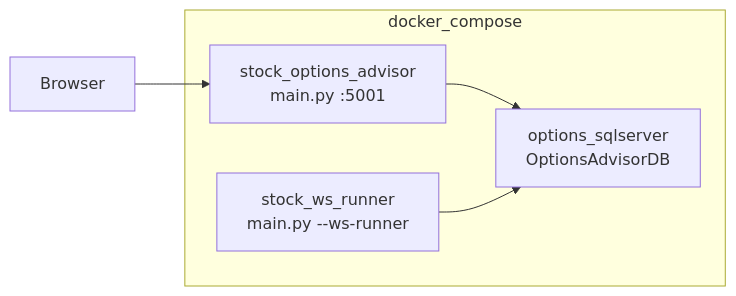
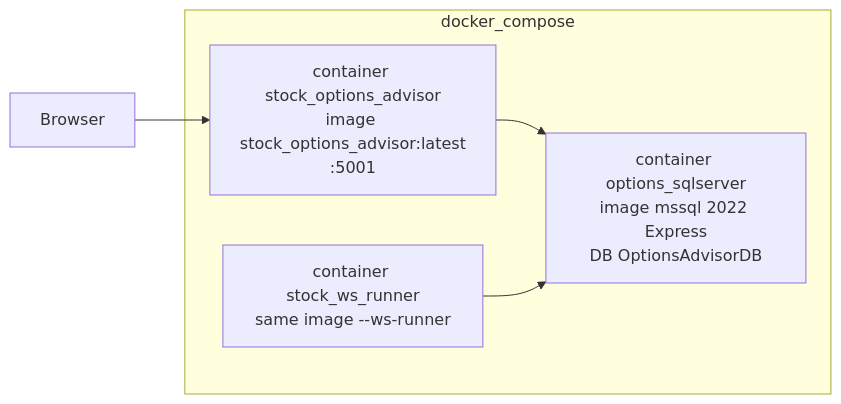
One commit to tamajit20/options_advisor_system changed the first of 7 diagrams in README.md. Above: the diagram before and after it, drawn with Mermaid. The commit also changed other lines of this file and 1 other file, not shown here.

Commit message:
Document file-level code flows and tighten README facts against the live stack.

````diff
--- a/README.md
+++ b/README.md
@@ -295,11 +350,11 @@
 ```mermaid
 flowchart LR
   subgraph compose [docker_compose]
-    sql["options_sqlserver<br/>OptionsAdvisorDB"]
-    app["stock_options_advisor<br/>main.py :5001"]
-    ws["stock_ws_runner<br/>main.py --ws-runner"]
+    sql["container options_sqlserver<br/>image mssql 2022 Express<br/>DB OptionsAdvisorDB"]
+    app["container stock_options_advisor<br/>image stock_options_advisor:latest<br/>:5001"]
+    ws["container stock_ws_runner<br/>same image --ws-runner"]
   end
   browser[Browser] --> app
   app --> sql
   ws --> sql
 ```
````
